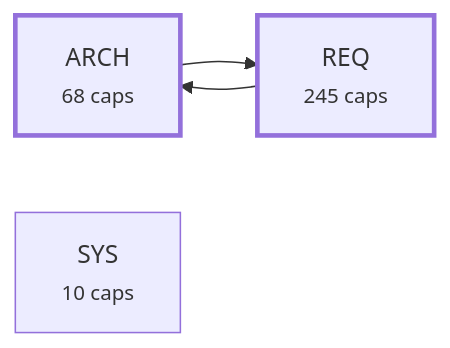
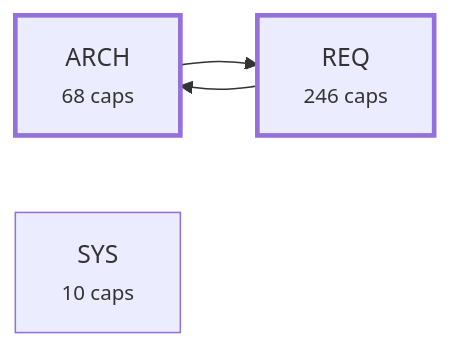
Before and after one commit to alxmax/Requirement-manager: the third of 4 diagrams in plugin/requirements/_map.md, drawn with Mermaid. The commit also changed other lines of this file and 22 other files, not shown here.

````diff
--- a/plugin/requirements/_map.md
+++ b/plugin/requirements/_map.md
@@ -1119,10 +1120,10 @@
 ```mermaid
 graph LR
   a_ARCH["ARCH<br><small>68 caps</small>"]
-  a_REQ["REQ<br><small>245 caps</small>"]
+  a_REQ["REQ<br><small>246 caps</small>"]
   a_SYS["SYS<br><small>10 caps</small>"]
   a_ARCH --> a_REQ
   a_REQ --> a_ARCH
   style a_ARCH stroke-width:3px
   style a_REQ stroke-width:3px
 ```
````
